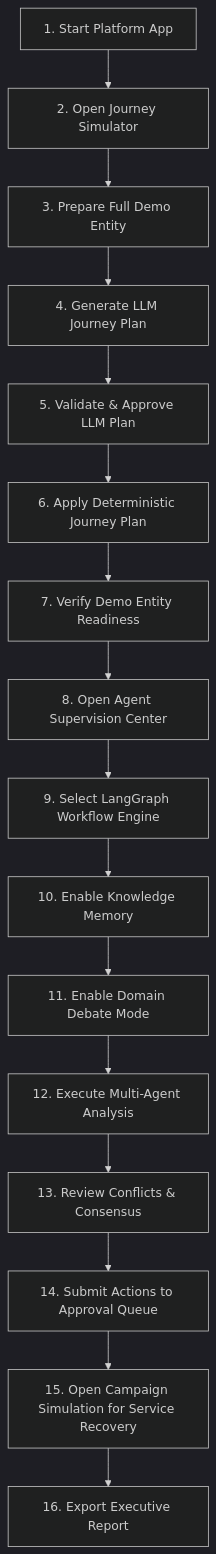
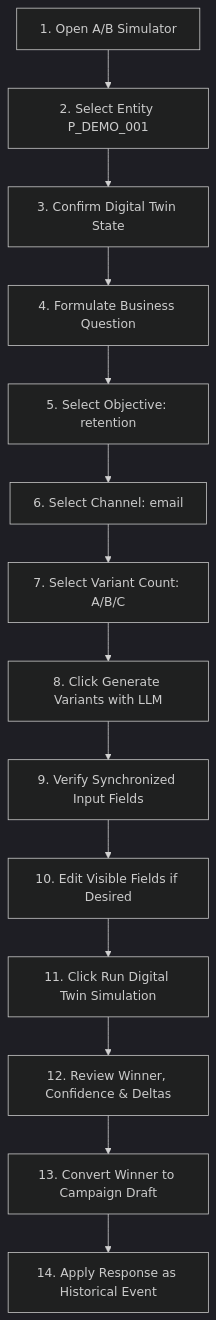
The diagram in docs/OSMOS_Demo_Guide.md (ZAKARIAE48CHELLE/Digital-Twin-Client-Classification), drawn with Mermaid (dark theme) before and after one commit. The commit also changed other lines of this file and 12 other files, not shown here.

````diff
--- a/docs/OSMOS_Demo_Guide.md
+++ b/docs/OSMOS_Demo_Guide.md
@@ -18,18 +35,16 @@
 ```mermaid
 flowchart TD
-    S1[1. Start Platform App] --> S2[2. Open Journey Simulator]
-    S2 --> S3[3. Prepare Full Demo Entity]
-    S3 --> S4[4. Generate LLM Journey Plan]
-    S4 --> S5[5. Validate & Approve LLM Plan]
-    S5 --> S6[6. Apply Deterministic Journey Plan]
-    S6 --> S7[7. Verify Demo Entity Readiness]
-    S7 --> S8[8. Open Agent Supervision Center]
-    S8 --> S9[9. Select LangGraph Workflow Engine]
-    S9 --> S10[10. Enable Knowledge Memory]
-    S10 --> S11[11. Enable Domain Debate Mode]
-    S11 --> S12[12. Execute Multi-Agent Analysis]
-    S12 --> S13[13. Review Conflicts & Consensus]
-    S13 --> S14[14. Submit Actions to Approval Queue]
-    S14 --> S15[15. Open Campaign Simulation for Service Recovery]
-    S15 --> S16[16. Export Executive Report]
+    D1[1. Open A/B Simulator] --> D2[2. Select Entity P_DEMO_001]
+    D2 --> D3[3. Confirm Digital Twin State]
+    D3 --> D4[4. Formulate Business Question]
+    D4 --> D5[5. Select Objective: retention]
+    D5 --> D6[6. Select Channel: email]
+    D6 --> D7[7. Select Variant Count: A/B/C]
+    D7 --> D8[8. Click Generate Variants with LLM]
+    D8 --> D9[9. Verify Synchronized Input Fields]
+    D9 --> D10[10. Edit Visible Fields if Desired]
+    D10 --> D11[11. Click Run Digital Twin Simulation]
+    D11 --> D12[12. Review Winner, Confidence & Deltas]
+    D12 --> D13[13. Convert Winner to Campaign Draft]
+    D13 --> D14[14. Apply Response as Historical Event]
 ```
````
